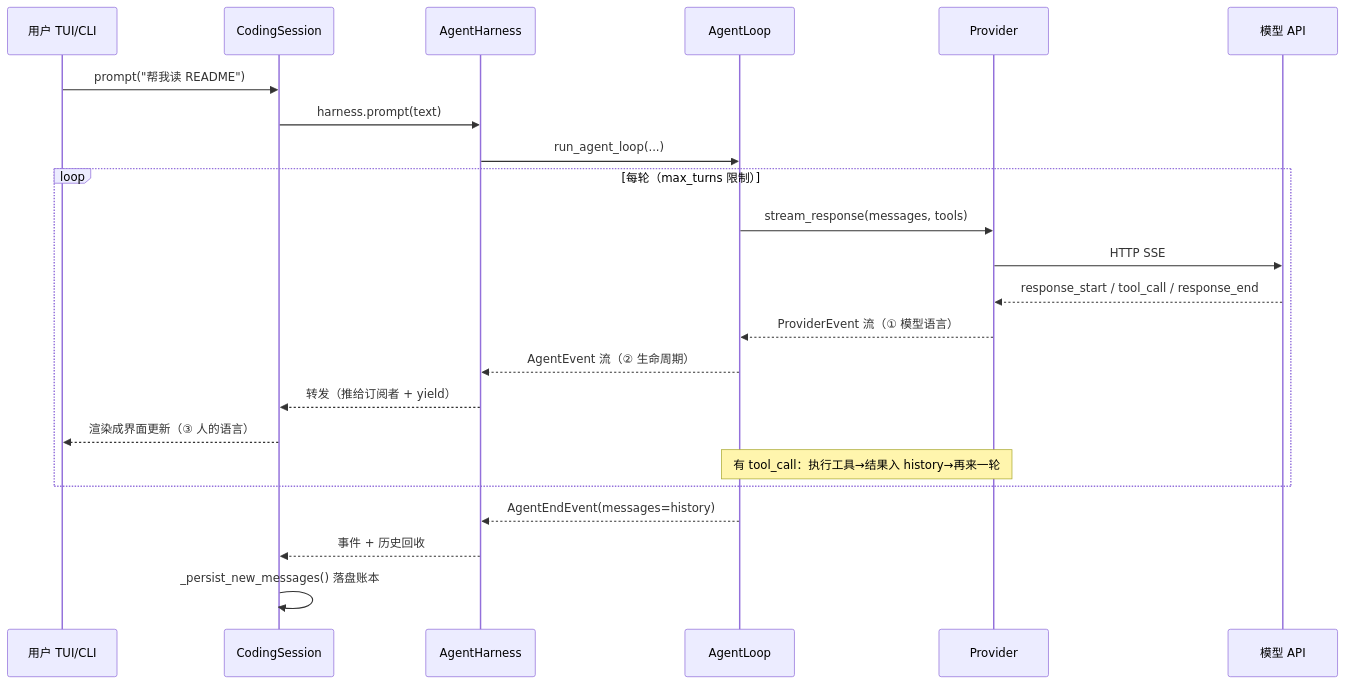
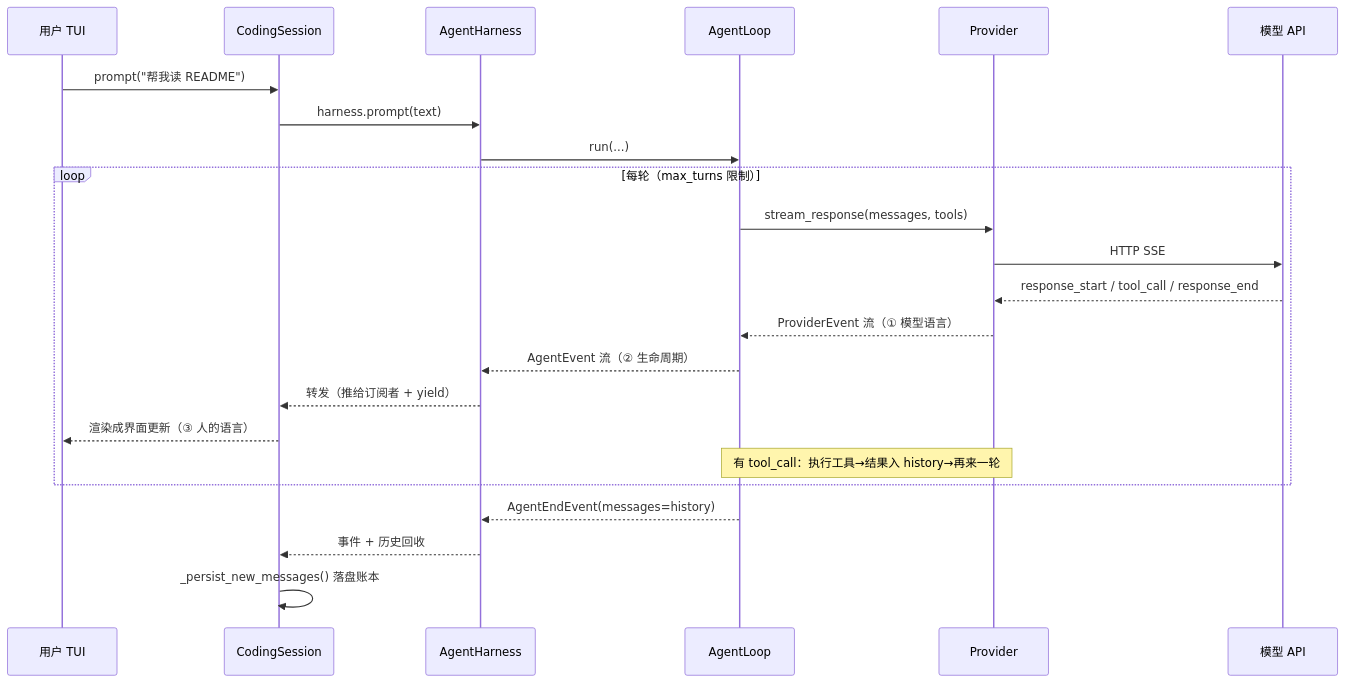
Before and after one commit to s0meb0dy3/nexa: the first of 6 diagrams in dev-notes/architecture-walkthrough.md, drawn with Mermaid. The commit also changed other lines of this file and 17 other files, not shown here.

````diff
--- a/dev-notes/architecture-walkthrough.md
+++ b/dev-notes/architecture-walkthrough.md
@@ -10,26 +10,26 @@
 ```mermaid
 sequenceDiagram
-    participant U as 用户 TUI/CLI
+    participant U as 用户 TUI
     participant CS as CodingSession
     participant H as AgentHarness
     participant L as AgentLoop
     participant P as Provider
     participant API as 模型 API
 
     U->>CS: prompt("帮我读 README")
     CS->>H: harness.prompt(text)
-    H->>L: run_agent_loop(...)
+    H->>L: run(...)
     loop 每轮（max_turns 限制）
         L->>P: stream_response(messages, tools)
         P->>API: HTTP SSE
         API-->>P: response_start / tool_call / response_end
         P-->>L: ProviderEvent 流（① 模型语言）
         L-->>H: AgentEvent 流（② 生命周期）
         H-->>CS: 转发（推给订阅者 + yield）
         CS-->>U: 渲染成界面更新（③ 人的语言）
         Note over L,P: 有 tool_call：执行工具→结果入 history→再来一轮
     end
     L-->>H: AgentEndEvent(messages=history)
     H-->>CS: 事件 + 历史回收
     CS->>CS: _persist_new_messages() 落盘账本
 ```
````
